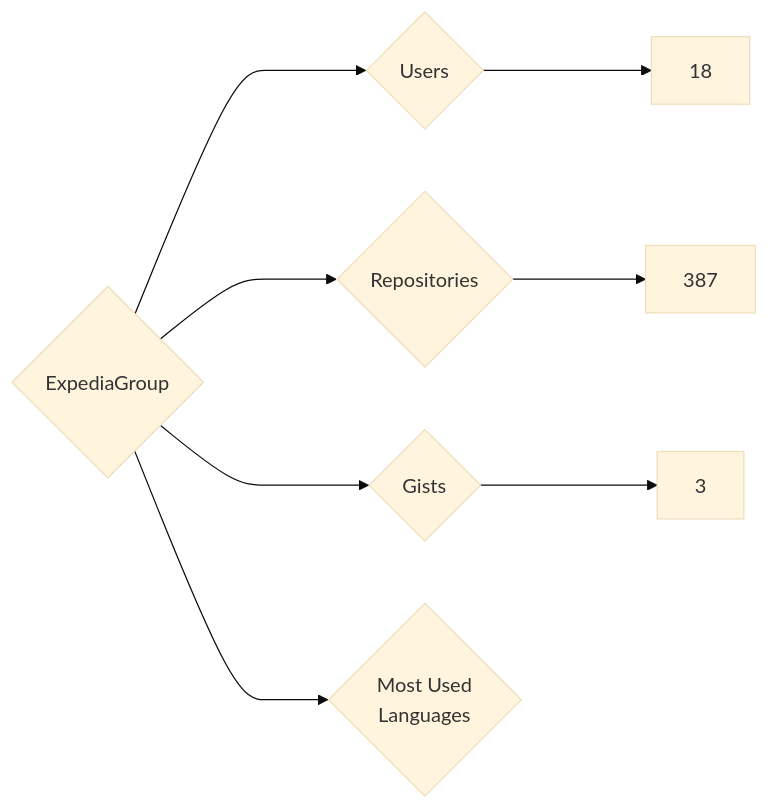
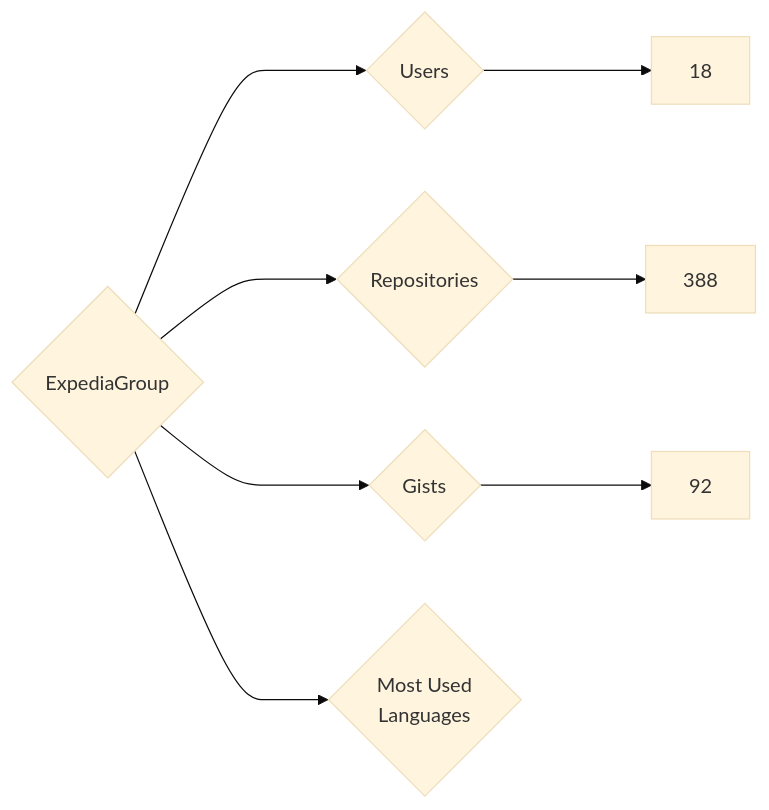
One commit to nenadzaric/insiders changed the diagram in targets/ExpediaGroup/README.md. Above: the diagram before and after it, drawn with Mermaid (base theme). The commit also changed 1342 other files, not shown here.

````diff
--- a/targets/ExpediaGroup/README.md
+++ b/targets/ExpediaGroup/README.md
@@ -3,8 +3,8 @@
 ```mermaid
 graph LR
 COMPANY_NAME{ExpediaGroup}
 COMPANY_NAME ---> U{Users} ---> UN[18]
-COMPANY_NAME ---> R{Repositories} ---> RN[387]
-COMPANY_NAME ---> G{Gists} ---> GN[3]
+COMPANY_NAME ---> R{Repositories} ---> RN[388]
+COMPANY_NAME ---> G{Gists} ---> GN[92]
 COMPANY_NAME ---> ML{Most Used<br>Languages}
 ```
````
